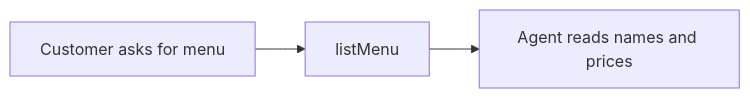
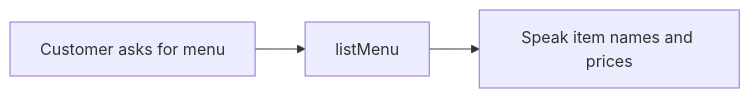
One commit to mx7h/Voice-Agent-POC changed the second of 5 diagrams in docs/agent-tools.md. Above: the diagram before and after it, drawn with Mermaid. The commit also changed other lines of this file and 5 other files, not shown here.

````diff
--- a/docs/agent-tools.md
+++ b/docs/agent-tools.md
@@ -646,5 +578,5 @@
 ```mermaid
 flowchart LR
     U[Customer asks for menu] --> LM[listMenu]
-    LM --> R[Agent reads names and prices]
+    LM --> R[Speak item names and prices]
 ```
````
